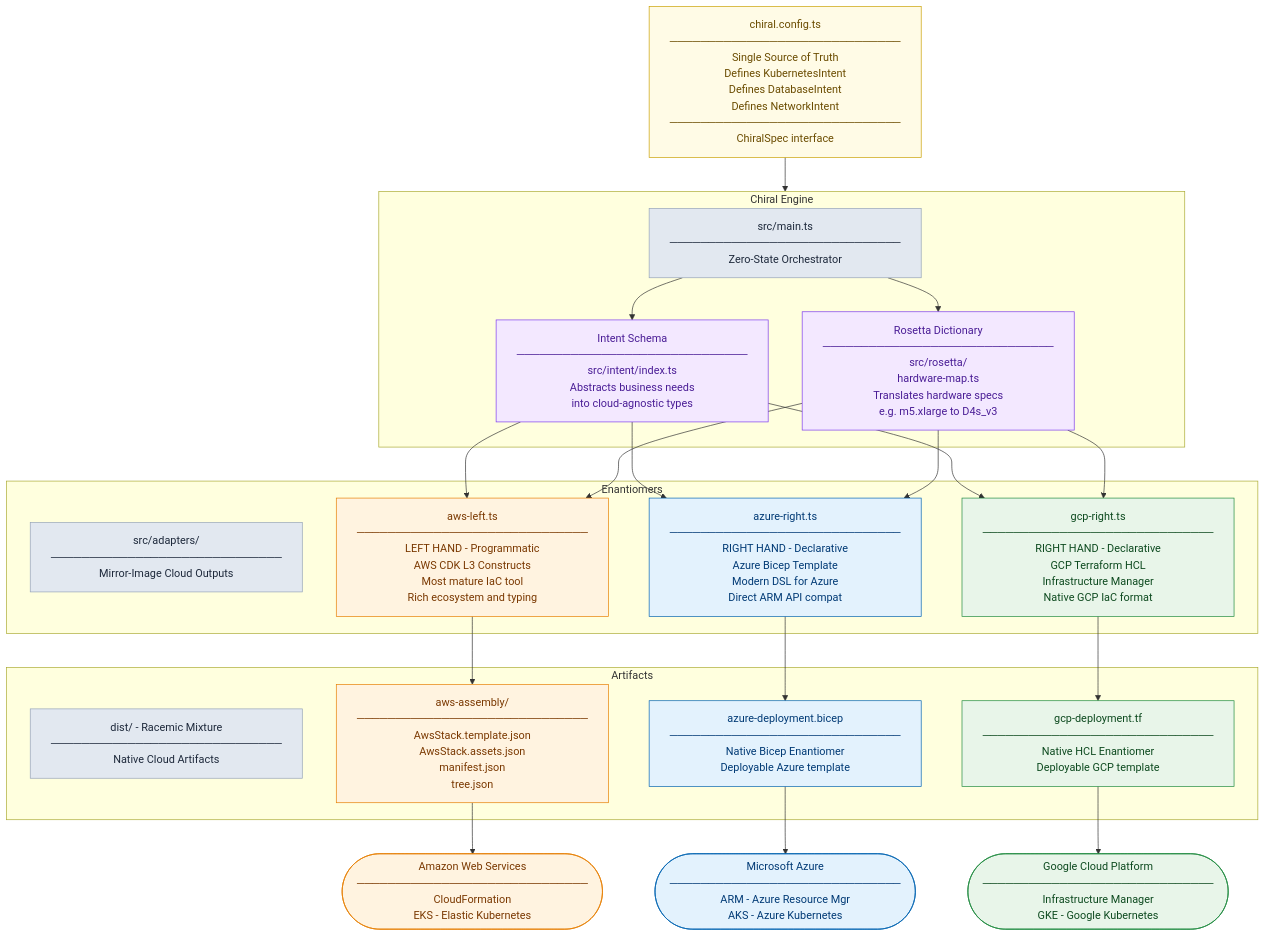
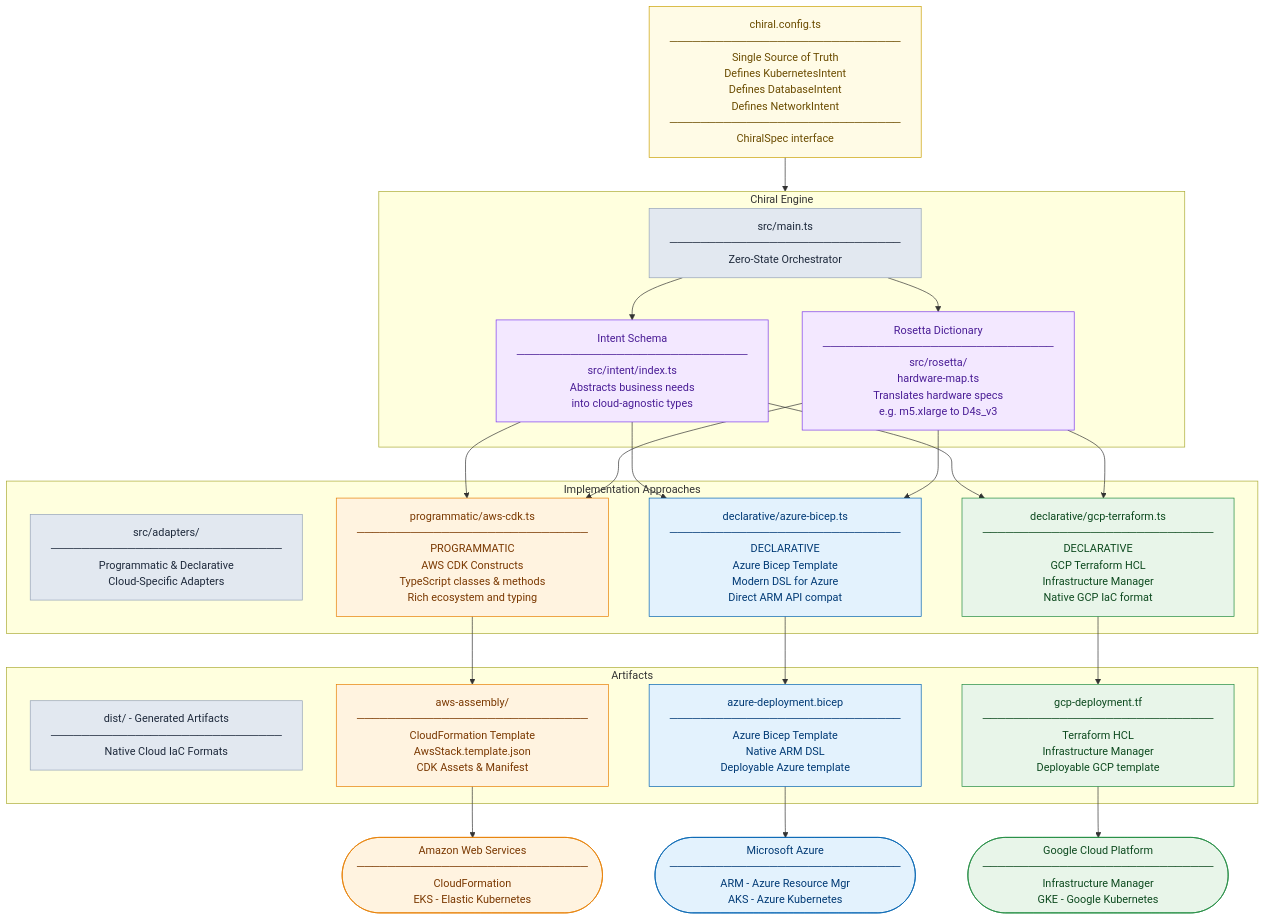
One commit to lloydchang/chiral-infrastructure-as-code changed the diagram in README.md. Above: the diagram before and after it, drawn with Mermaid. The commit also changed other lines of this file, not shown here.

First line of the commit message:
docs: clarify programmatic vs declarative approaches in README

````diff
--- a/README.md
+++ b/README.md
@@ -292,51 +307,51 @@
 ```mermaid
 flowchart TD
     classDef config   fill:#fffbe6,stroke:#c9a000,color:#6b4c00
     classDef engine   fill:#f3e8ff,stroke:#7c3aed,color:#4a1d96
     classDef awsNode  fill:#fff3e0,stroke:#e67e00,color:#7a3800
     classDef azNode   fill:#e3f2fd,stroke:#0063b1,color:#003a75
     classDef gcpNode  fill:#e8f5e9,stroke:#1e8a3e,color:#0d4a1f
     classDef header   fill:#e2e8f0,stroke:#94a3b8,color:#1e293b
 
     CONFIG[chiral.config.ts<br/>──────────────────────────────<br/>Single Source of Truth<br/>Defines KubernetesIntent<br/>Defines DatabaseIntent<br/>Defines NetworkIntent<br/>──────────────────────────────<br/>ChiralSpec interface]:::config
 
     subgraph ENGINE[Chiral Engine]
         EH[src/main.ts<br/>──────────────────────────────<br/>Zero-State Orchestrator]:::header
         INTENT[Intent Schema<br/>──────────────────────────────<br/>src/intent/index.ts<br/>Abstracts business needs<br/>into cloud-agnostic types]:::engine
         ROSETTA[Rosetta Dictionary<br/>──────────────────────────────<br/>src/rosetta/<br/>hardware-map.ts<br/>Translates hardware specs<br/>e.g. m5.xlarge to D4s_v3]:::engine
     end
 
-    subgraph ADAPTERS[Enantiomers]
-        AH[src/adapters/<br/>──────────────────────────────<br/>Mirror-Image Cloud Outputs]:::header
-        AWS_A[aws-left.ts<br/>──────────────────────────────<br/>LEFT HAND - Programmatic<br/>AWS CDK L3 Constructs<br/>Most mature IaC tool<br/>Rich ecosystem and typing]:::awsNode
-        AZURE_A[azure-right.ts<br/>──────────────────────────────<br/>RIGHT HAND - Declarative<br/>Azure Bicep Template<br/>Modern DSL for Azure<br/>Direct ARM API compat]:::azNode
-        GCP_A[gcp-right.ts<br/>──────────────────────────────<br/>RIGHT HAND - Declarative<br/>GCP Terraform HCL<br/>Infrastructure Manager<br/>Native GCP IaC format]:::gcpNode
+    subgraph ADAPTERS[Implementation Approaches]
+        AH[src/adapters/<br/>──────────────────────────────<br/>Programmatic & Declarative<br/>Cloud-Specific Adapters]:::header
+        AWS_A[programmatic/aws-cdk.ts<br/>──────────────────────────────<br/>PROGRAMMATIC<br/>AWS CDK Constructs<br/>TypeScript classes & methods<br/>Rich ecosystem and typing]:::awsNode
+        AZURE_A[declarative/azure-bicep.ts<br/>──────────────────────────────<br/>DECLARATIVE<br/>Azure Bicep Template<br/>Modern DSL for Azure<br/>Direct ARM API compat]:::azNode
+        GCP_A[declarative/gcp-terraform.ts<br/>──────────────────────────────<br/>DECLARATIVE<br/>GCP Terraform HCL<br/>Infrastructure Manager<br/>Native GCP IaC format]:::gcpNode
     end
 
     subgraph DIST[Artifacts]
-        DH[dist/ - Racemic Mixture<br/>──────────────────────────────<br/>Native Cloud Artifacts]:::header
-        AWS_D[aws-assembly/<br/>──────────────────────────────<br/>AwsStack.template.json<br/>AwsStack.assets.json<br/>manifest.json<br/>tree.json]:::awsNode
-        AZURE_D[azure-deployment.bicep<br/>──────────────────────────────<br/>Native Bicep Enantiomer<br/>Deployable Azure template]:::azNode
-        GCP_D[gcp-deployment.tf<br/>──────────────────────────────<br/>Native HCL Enantiomer<br/>Deployable GCP template]:::gcpNode
+        DH[dist/ - Generated Artifacts<br/>──────────────────────────────<br/>Native Cloud IaC Formats]:::header
+        AWS_D[aws-assembly/<br/>──────────────────────────────<br/>CloudFormation Template<br/>AwsStack.template.json<br/>CDK Assets & Manifest]:::awsNode
+        AZURE_D[azure-deployment.bicep<br/>──────────────────────────────<br/>Azure Bicep Template<br/>Native ARM DSL<br/>Deployable Azure template]:::azNode
+        GCP_D[gcp-deployment.tf<br/>──────────────────────────────<br/>Terraform HCL<br/>Infrastructure Manager<br/>Deployable GCP template]:::gcpNode
     end
 
     AWS_C([Amazon Web Services<br/>──────────────────────────────<br/>CloudFormation<br/>EKS - Elastic Kubernetes]):::awsNode
     AZURE_C([Microsoft Azure<br/>──────────────────────────────<br/>ARM - Azure Resource Mgr<br/>AKS - Azure Kubernetes]):::azNode
     GCP_C([Google Cloud Platform<br/>──────────────────────────────<br/>Infrastructure Manager<br/>GKE - Google Kubernetes]):::gcpNode
 
     CONFIG --> ENGINE
     EH --> INTENT
     EH --> ROSETTA
     INTENT --> AWS_A
     INTENT --> AZURE_A
     INTENT --> GCP_A
     ROSETTA --> AWS_A
     ROSETTA --> AZURE_A
     ROSETTA --> GCP_A
     AWS_A --> AWS_D
     AZURE_A --> AZURE_D
     GCP_A --> GCP_D
     AWS_D --> AWS_C
     AZURE_D --> AZURE_C
     GCP_D --> GCP_C
 ```
````
